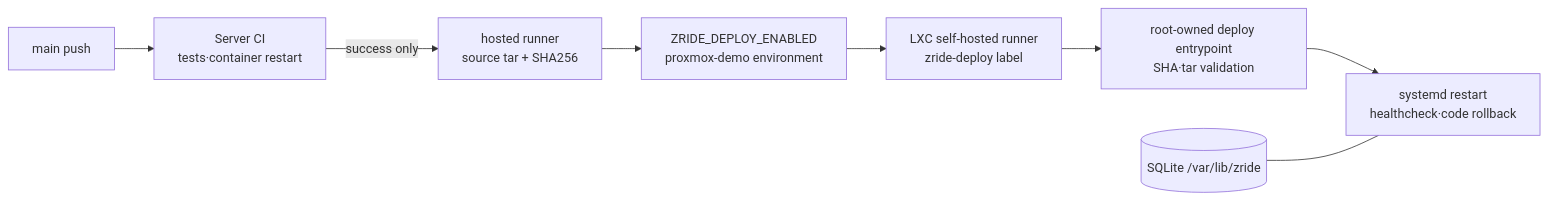
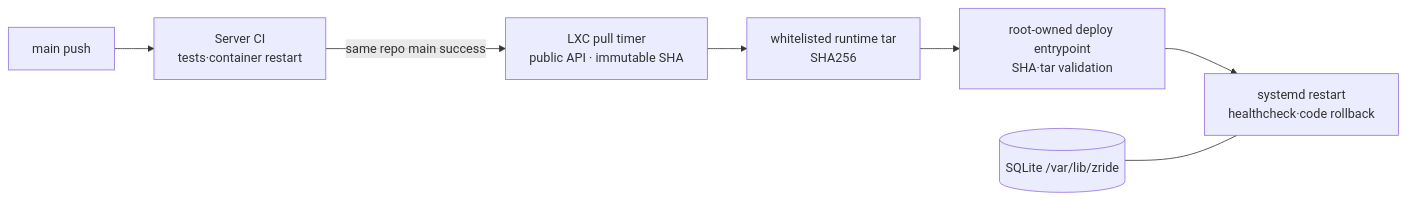
The diagram in server/docs/deployment.md (HeIIowrld/z-ride), drawn with Mermaid before and after one commit. The commit also changed other lines of this file and 32 other files, not shown here.

````diff
--- a/server/docs/deployment.md
+++ b/server/docs/deployment.md
@@ -58,10 +58,9 @@
 ```mermaid
 flowchart LR
     Main[main push] --> CI[Server CI\ntests·container restart]
-    CI -->|success only| Bundle[hosted runner\nsource tar + SHA256]
-    Bundle --> Gate[ZRIDE_DEPLOY_ENABLED\nproxmox-demo environment]
-    Gate --> Runner[LXC self-hosted runner\nzride-deploy label]
-    Runner --> Entry[root-owned deploy entrypoint\nSHA·tar validation]
+    CI -->|same repo main success| Poll[LXC pull timer\npublic API · immutable SHA]
+    Poll --> Bundle[whitelisted runtime tar\nSHA256]
+    Bundle --> Entry[root-owned deploy entrypoint\nSHA·tar validation]
     Entry --> Service[systemd restart\nhealthcheck·code rollback]
     Data[(SQLite /var/lib/zride)] --- Service
 ```
````
